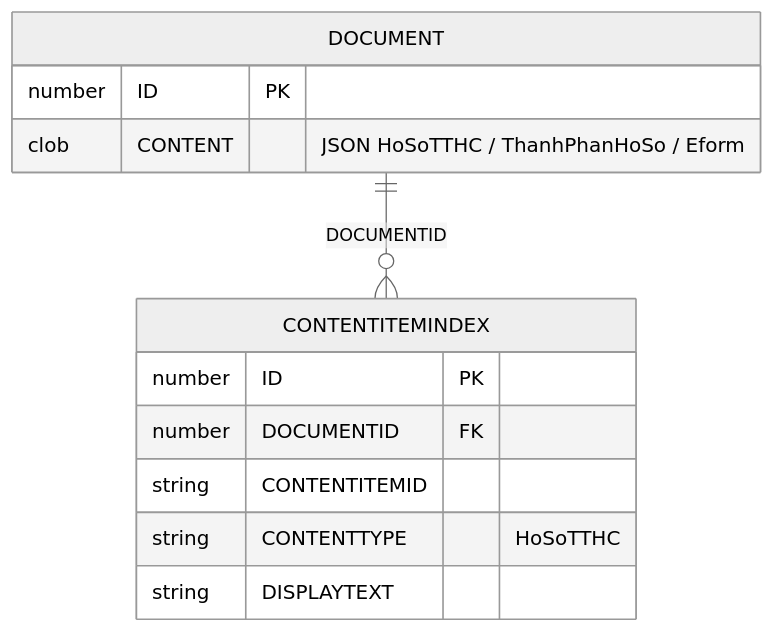
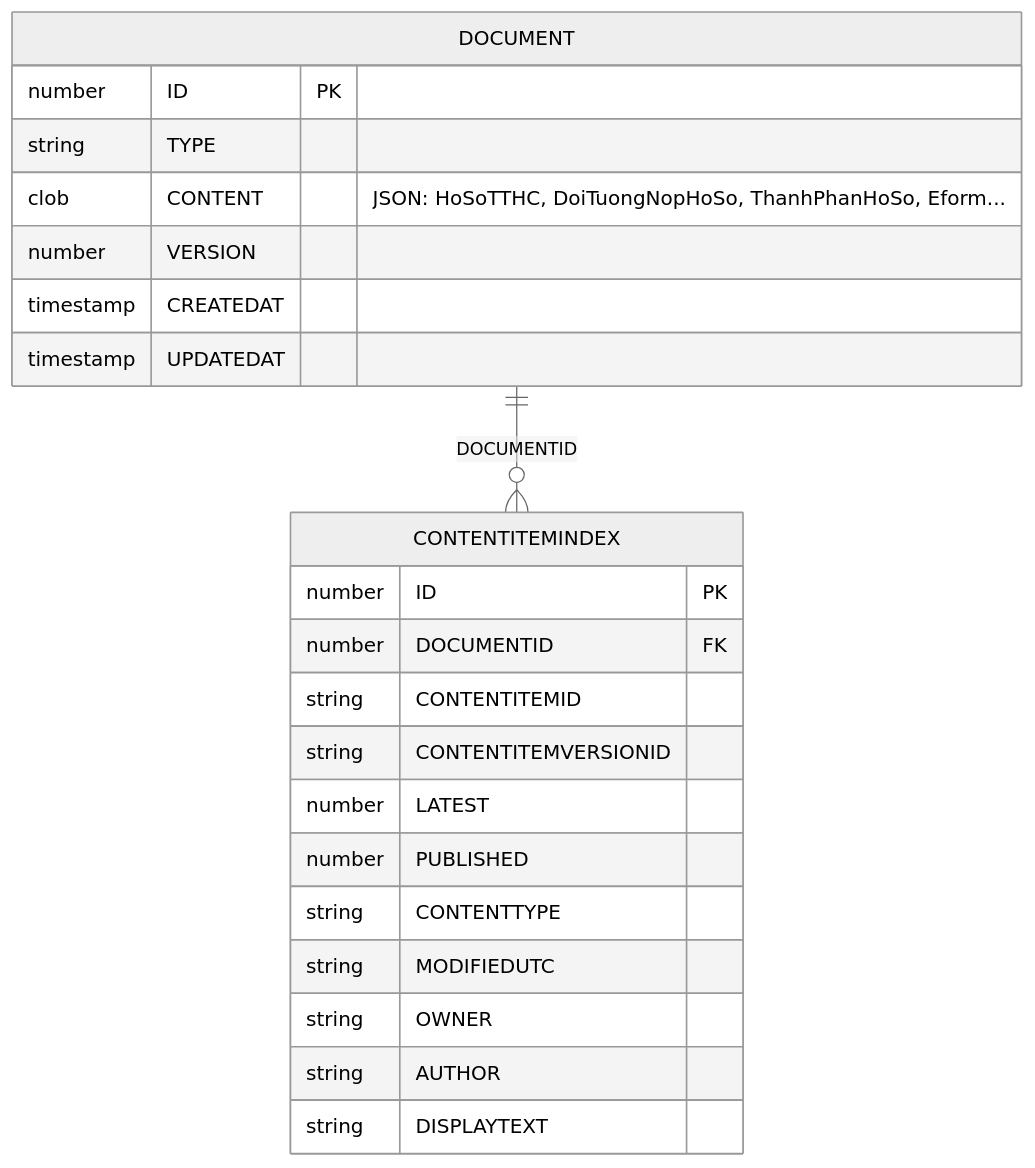
Before and after one commit to linhlvit/ubck_atomic_design: the first of 2 diagrams in DataModel/working/Atomic/hld/TTHC_HLD_Tier2.md, drawn with Mermaid (neutral theme). The commit also changed other lines of this file and 351 other files, not shown here.

````diff
--- a/DataModel/working/Atomic/hld/TTHC_HLD_Tier2.md
+++ b/DataModel/working/Atomic/hld/TTHC_HLD_Tier2.md
@@ -23,17 +23,27 @@
 ```mermaid
 erDiagram
     DOCUMENT {
         number ID PK
-        clob CONTENT "JSON HoSoTTHC / ThanhPhanHoSo / Eform"
+        string TYPE
+        clob CONTENT "JSON: HoSoTTHC, DoiTuongNopHoSo, ThanhPhanHoSo, Eform..."
+        number VERSION
+        timestamp CREATEDAT
+        timestamp UPDATEDAT
     }
 
     CONTENTITEMINDEX {
         number ID PK
         number DOCUMENTID FK
         string CONTENTITEMID
-        string CONTENTTYPE "HoSoTTHC"
+        string CONTENTITEMVERSIONID
+        number LATEST
+        number PUBLISHED
+        string CONTENTTYPE
+        string MODIFIEDUTC
+        string OWNER
+        string AUTHOR
         string DISPLAYTEXT
     }
 
     DOCUMENT ||--o{ CONTENTITEMINDEX : "DOCUMENTID"
 ```
````
